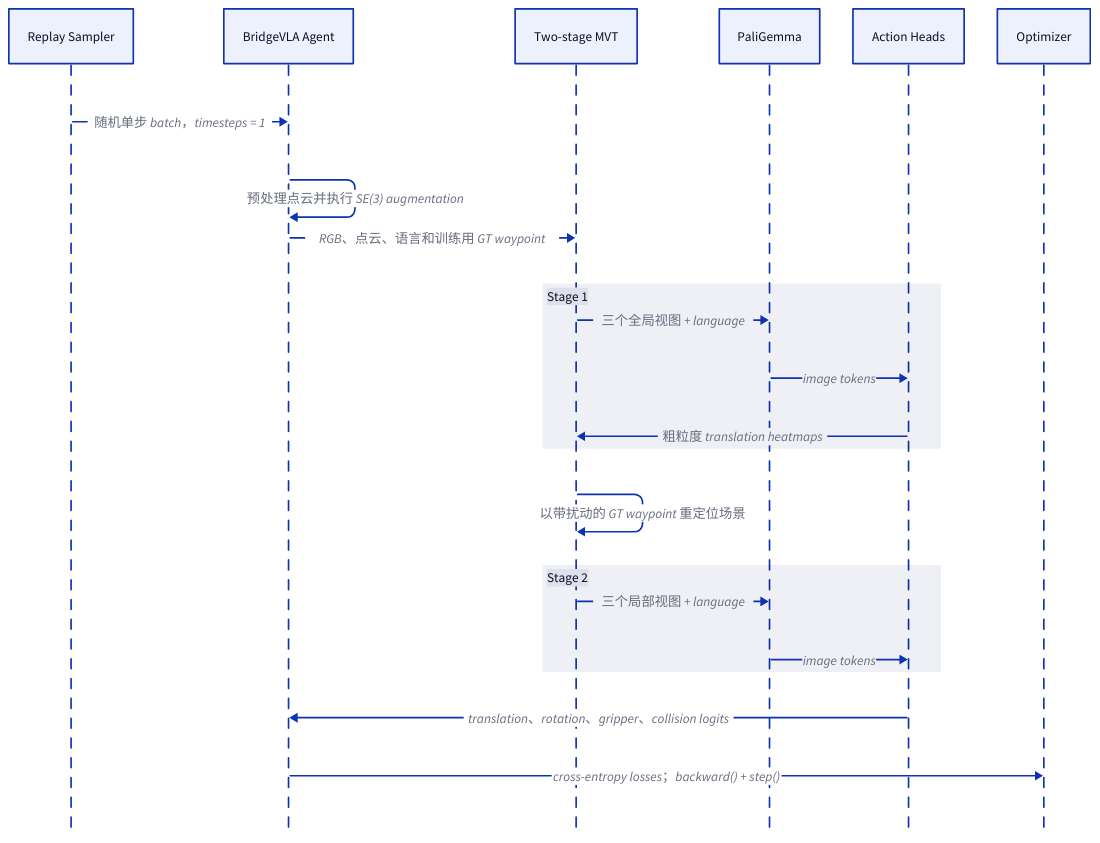
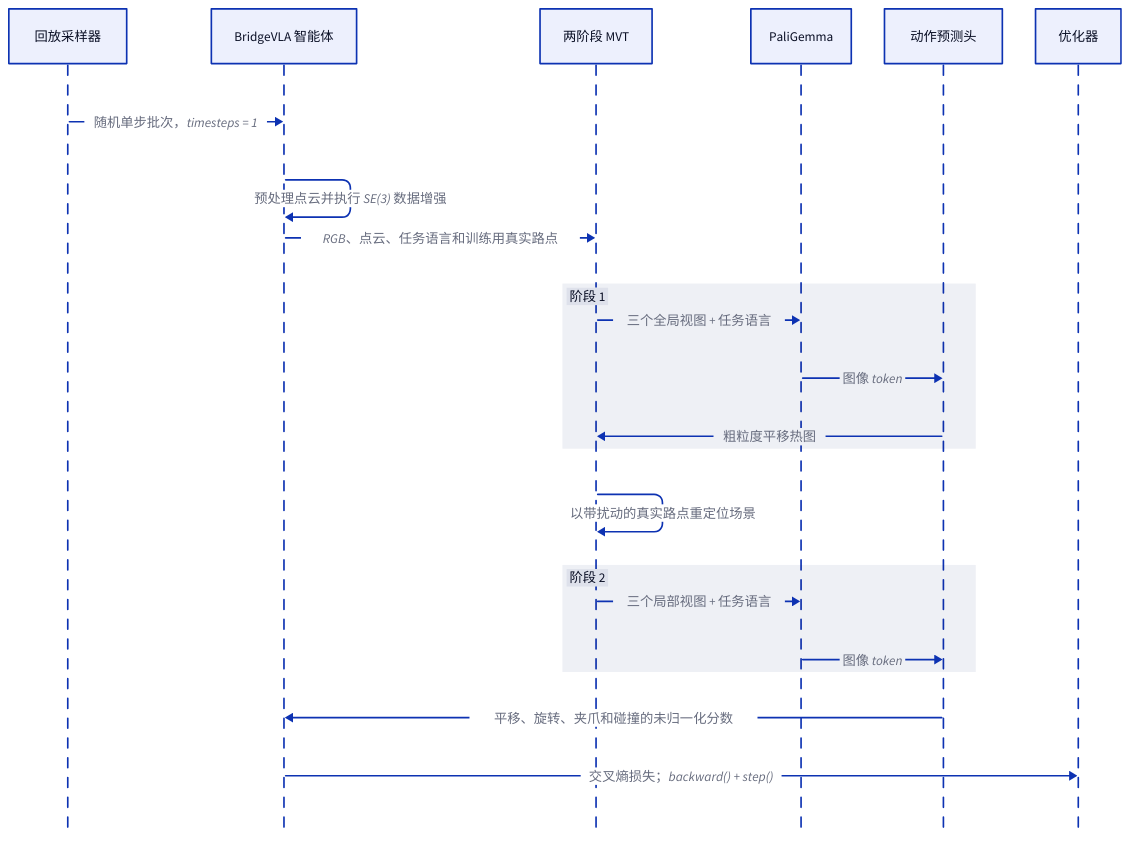
The diagram in docs/diagrams/training_sequence.d2 (npucvr/BridgeVLA-Sequence), drawn with D2 before and after one commit. The commit also changed 4 other files, not shown here.

First line of the commit message:
docs: localize RLBench workflow and diagrams

```diff
--- a/docs/diagrams/training_sequence.d2
+++ b/docs/diagrams/training_sequence.d2
@@ -1,28 +1,28 @@
 shape: sequence_diagram
 
-replay: "Replay Sampler"
-agent: "BridgeVLA Agent"
-mvt: "Two-stage MVT"
+replay: "回放采样器"
+agent: "BridgeVLA 智能体"
+mvt: "两阶段 MVT"
 vlm: "PaliGemma"
-heads: "Action Heads"
-optim: "Optimizer"
+heads: "动作预测头"
+optim: "优化器"
 
-replay -> agent: "随机单步 batch，timesteps = 1"
-agent -> agent: "预处理点云并执行 SE(3) augmentation"
-agent -> mvt: "RGB、点云、语言和训练用 GT waypoint"
+replay -> agent: "随机单步批次，timesteps = 1"
+agent -> agent: "预处理点云并执行 SE(3) 数据增强"
+agent -> mvt: "RGB、点云、任务语言和训练用真实路点"
 
-stage_one: "Stage 1" {
-  mvt -> vlm: "三个全局视图 + language"
-  vlm -> heads: "image tokens"
-  heads -> mvt: "粗粒度 translation heatmaps"
+stage_one: "阶段 1" {
+  mvt -> vlm: "三个全局视图 + 任务语言"
+  vlm -> heads: "图像 token"
+  heads -> mvt: "粗粒度平移热图"
 }
 
-mvt -> mvt: "以带扰动的 GT waypoint 重定位场景"
+mvt -> mvt: "以带扰动的真实路点重定位场景"
 
-stage_two: "Stage 2" {
-  mvt -> vlm: "三个局部视图 + language"
-  vlm -> heads: "image tokens"
+stage_two: "阶段 2" {
+  mvt -> vlm: "三个局部视图 + 任务语言"
+  vlm -> heads: "图像 token"
 }
 
-heads -> agent: "translation、rotation、gripper、collision logits"
-agent -> optim: "cross-entropy losses；backward() + step()"
+heads -> agent: "平移、旋转、夹爪和碰撞的未归一化分数"
+agent -> optim: "交叉熵损失；backward() + step()"
```
